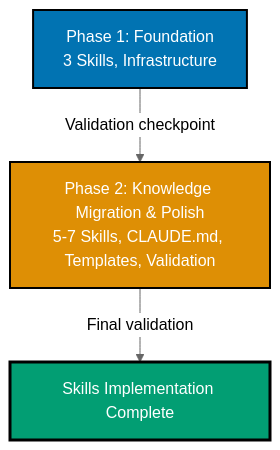
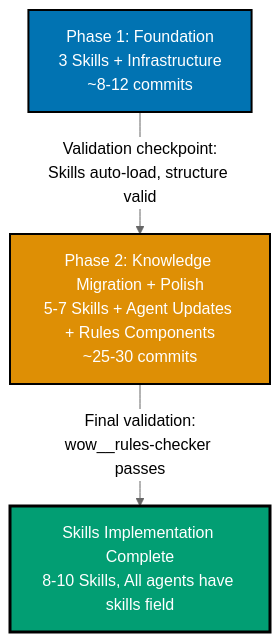
Before and after one commit to wahidyankf/open-sharia-enterprise: the fourth of 4 diagrams in plans/backlog/2026-01-02__skills-layer-implementation/tech-docs.md, drawn with Mermaid (neutral theme). The commit also changed other lines of this file and 3 other files, not shown here.

First line of the commit message:
feat(plans): enhance Skills plan with rules component updates and required skills field

````diff
--- a/plans/backlog/2026-01-02__skills-layer-implementation/tech-docs.md
+++ b/plans/backlog/2026-01-02__skills-layer-implementation/tech-docs.md
@@ -548,13 +591,14 @@
 ```mermaid
 %% Color Palette: Blue #0173B2, Orange #DE8F05, Teal #029E73
+%% Two-phase delivery with validation checkpoints
 graph TD
-    Phase1[Phase 1: Foundation<br/>3 Skills, Infrastructure]
-    Phase2[Phase 2: Knowledge Migration & Polish<br/>5-7 Skills, CLAUDE.md, Templates, Validation]
+    Phase1[Phase 1: Foundation<br/>3 Skills + Infrastructure<br/>~8-12 commits]
+    Phase2[Phase 2: Knowledge Migration + Polish<br/>5-7 Skills + Agent Updates + Rules Components<br/>~25-30 commits]
 
-    Phase1 -->|Validation checkpoint| Phase2
-    Phase2 -->|Final validation| Complete[Skills Implementation Complete]
+    Phase1 -->|Validation checkpoint:<br/>Skills auto-load, structure valid| Phase2
+    Phase2 -->|Final validation:<br/>wow__rules-checker passes| Complete[Skills Implementation Complete<br/>8-10 Skills, All agents have skills field]
 
     style Phase1 fill:#0173B2,stroke:#000000,color:#FFFFFF,stroke-width:2px
     style Phase2 fill:#DE8F05,stroke:#000000,color:#FFFFFF,stroke-width:2px
     style Complete fill:#029E73,stroke:#000000,color:#FFFFFF,stroke-width:3px
 ```
````
